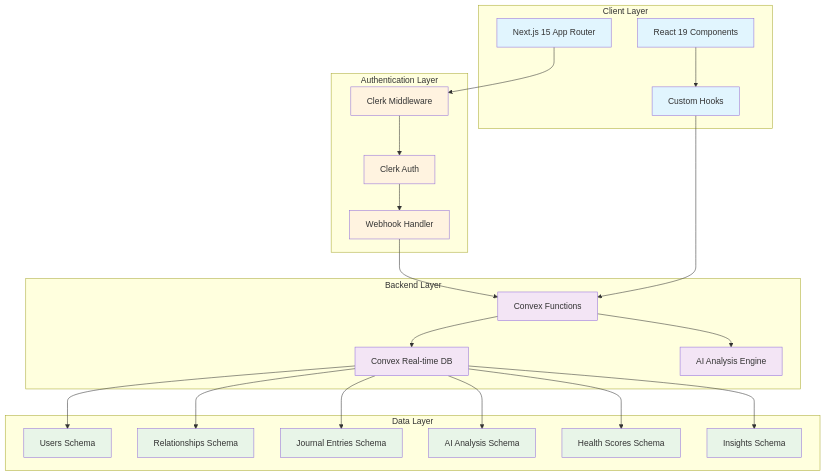
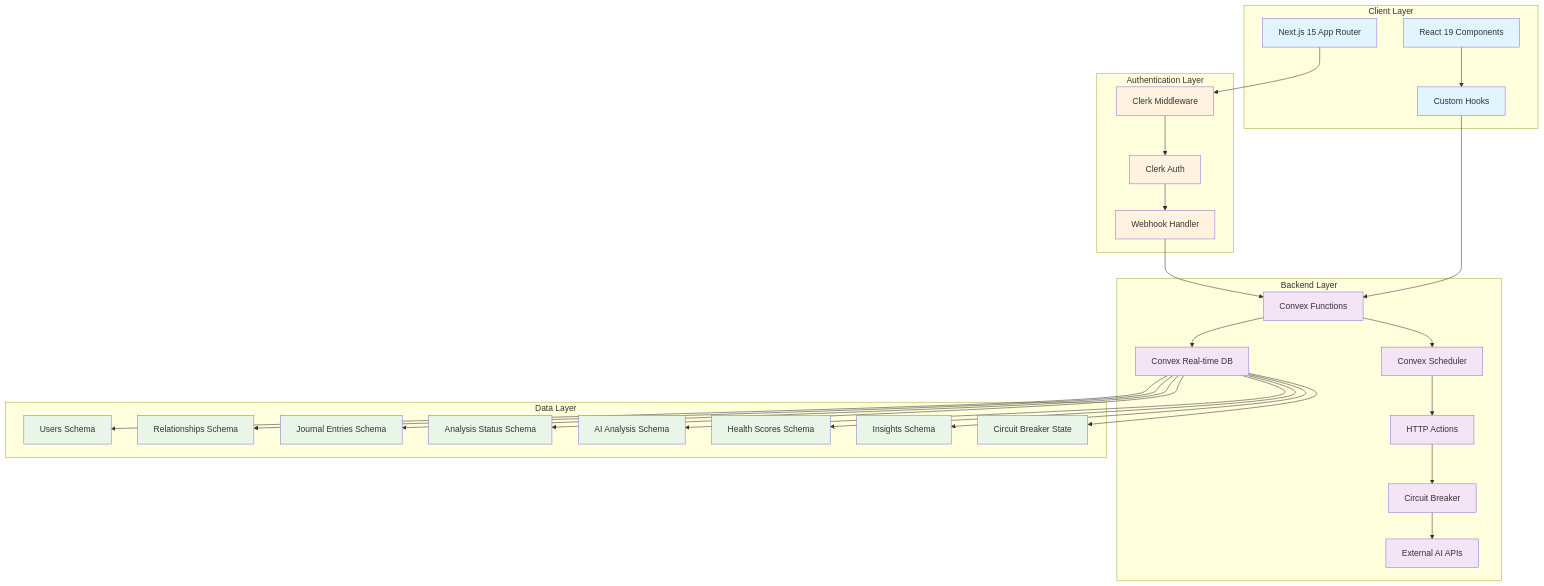
The first of 7 diagrams in docs/architecture/data-flow-architecture.md (tcynic/resonant), drawn with Mermaid before and after one commit. The commit also changed other lines of this file and 12 other files, not shown here.

First line of the commit message:
docs: Complete HTTP Actions architecture migration documentation

````diff
--- a/docs/architecture/data-flow-architecture.md
+++ b/docs/architecture/data-flow-architecture.md
@@ -24,54 +24,64 @@
 ```mermaid
 graph TB
     subgraph "Client Layer"
         UI[Next.js 15 App Router]
         RC[React 19 Components]
         CH[Custom Hooks]
     end
 
     subgraph "Authentication Layer"
         CM[Clerk Middleware]
         CA[Clerk Auth]
         WH[Webhook Handler]
     end
 
     subgraph "Backend Layer"
         CV[Convex Real-time DB]
         CF[Convex Functions]
-        AI[AI Analysis Engine]
+        CS[Convex Scheduler]
+        HA[HTTP Actions]
+        CB[Circuit Breaker]
+        AI[External AI APIs]
     end
 
     subgraph "Data Layer"
         US[Users Schema]
         RS[Relationships Schema]
         JE[Journal Entries Schema]
+        AS[Analysis Status Schema]
         AN[AI Analysis Schema]
         HS[Health Scores Schema]
         IN[Insights Schema]
+        CBS[Circuit Breaker State]
     end
 
     UI --> CM
     CM --> CA
     CA --> WH
     WH --> CF
     RC --> CH
     CH --> CF
     CF --> CV
-    CF --> AI
+    CF --> CS
+    CS --> HA
+    HA --> CB
+    CB --> AI
     CV --> US
     CV --> RS
     CV --> JE
+    CV --> AS
     CV --> AN
     CV --> HS
     CV --> IN
+    CV --> CBS
 
     classDef client fill:#e1f5fe
     classDef auth fill:#fff3e0
     classDef backend fill:#f3e5f5
     classDef data fill:#e8f5e8
 
     class UI,RC,CH client
     class CM,CA,WH auth
-    class CV,CF,AI backend
-    class US,RS,JE,AN,HS,IN data
+    class CV,CF,CS,HA,CB,AI backend
+    class US,RS,JE,AS,AN,HS,IN,CBS data
 ```
````
